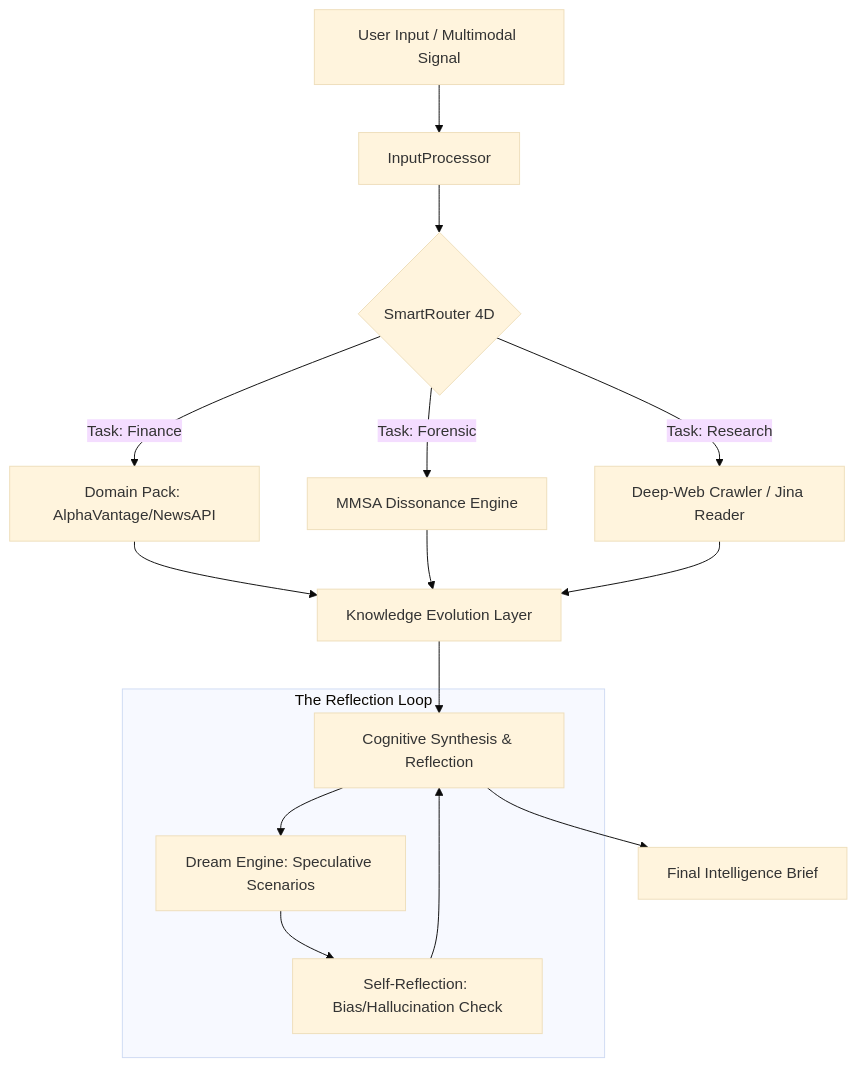
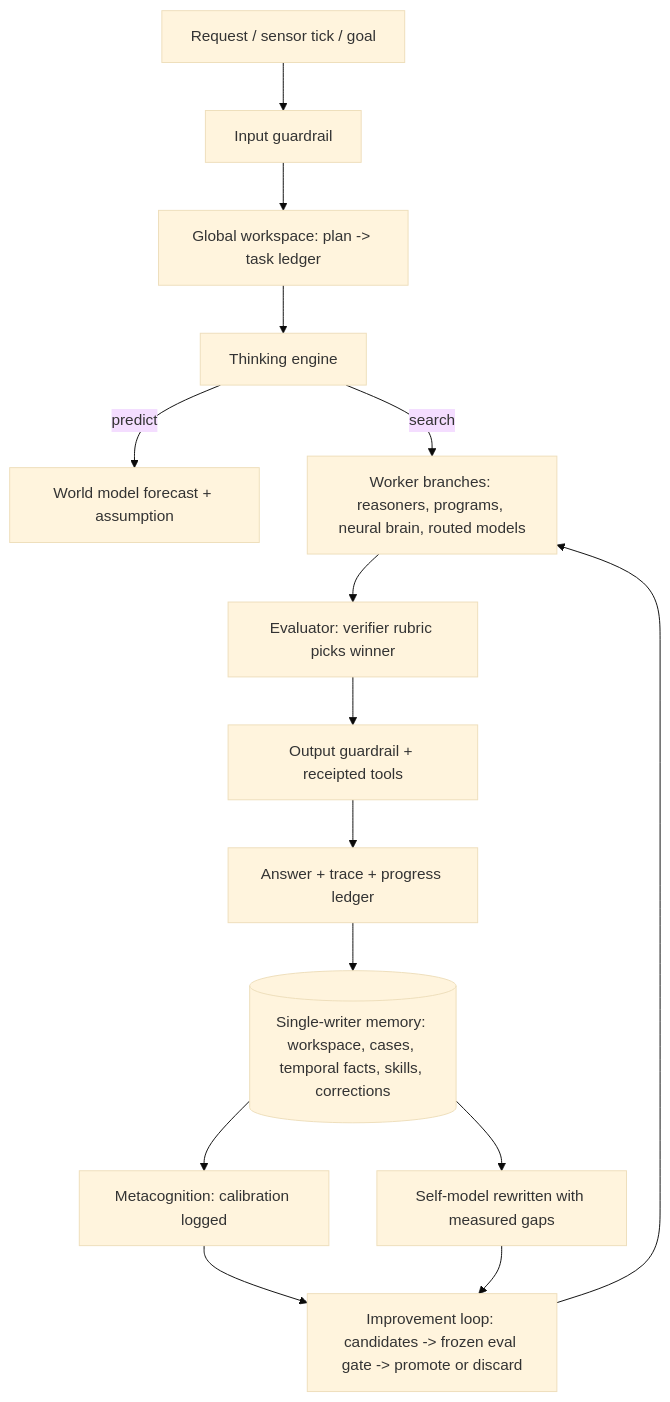
Before and after one commit to DevodG/Janus: the diagram in README.md, drawn with Mermaid (base theme). The commit also changed other lines of this file and 78 other files, not shown here.

Commit message:
Janus FABLE-5.2: self-improving agentic kernel (thinking engine, own brain, sensor grid, gated loop)

````diff
--- a/README.md
+++ b/README.md
@@ -38,19 +24,17 @@
 ```mermaid
 graph TD
-    A[User Input / Multimodal Signal] --> B[InputProcessor]
-    B --> C{SmartRouter 4D}
-    
-    C -- "Task: Finance" --> D[Domain Pack: AlphaVantage/NewsAPI]
-    C -- "Task: Forensic" --> E[MMSA Dissonance Engine]
-    C -- "Task: Research" --> F[Deep-Web Crawler / Jina Reader]
-    
-    D & E & F --> G[Knowledge Evolution Layer]
-    G --> H[Cognitive Synthesis & Reflection]
-    H --> I[Final Intelligence Brief]
-    
-    subgraph "The Reflection Loop"
-        H --> J[Dream Engine: Speculative Scenarios]
-        J --> K[Self-Reflection: Bias/Hallucination Check]
-        K --> H
-    end
+    A[Request / sensor tick / goal] --> B[Input guardrail]
+    B --> C[Global workspace: plan -> task ledger]
+    C --> D[Thinking engine]
+    D -->|predict| E[World model forecast + assumption]
+    D -->|search| F[Worker branches: reasoners, programs, neural brain, routed models]
+    F --> G[Evaluator: verifier rubric picks winner]
+    G --> H[Output guardrail + receipted tools]
+    H --> I[Answer + trace + progress ledger]
+    I --> J[(Single-writer memory: workspace, cases, temporal facts, skills, corrections)]
+    J --> K[Metacognition: calibration logged]
+    J --> L[Self-model rewritten with measured gaps]
+    K --> M[Improvement loop: candidates -> frozen eval gate -> promote or discard]
+    L --> M
+    M --> F
 ```
````
